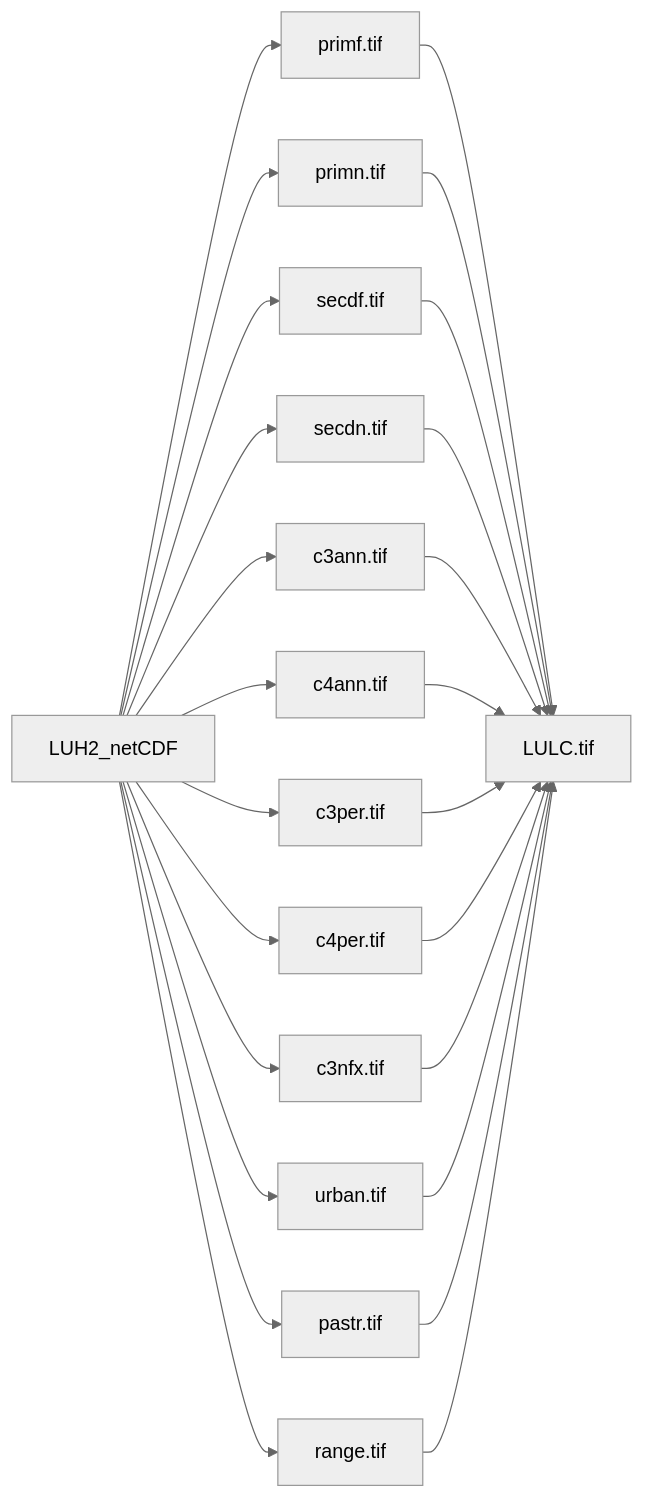
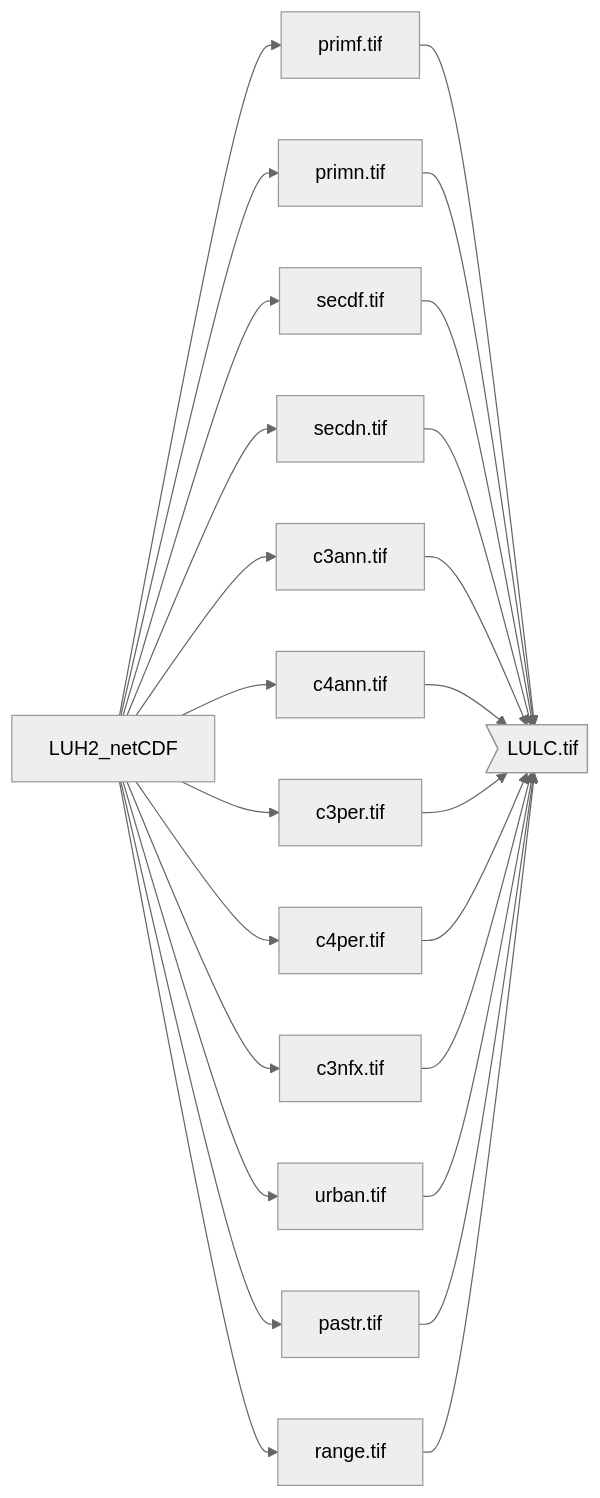
Before and after one commit to Tai-Rocha/LUH2_Data: the diagram in README.md, drawn with Mermaid (neutral theme).

````diff
--- a/README.md
+++ b/README.md
@@ -1,27 +1,27 @@
 ```mermaid
 graph LR
 A[<font size=3>LUH2_netCDF] --> B[<font size=3>primf.tif]
     A --> C[<font size=3>primn.tif]
     A --> D[<font size=3>secdf.tif]
     A --> E[<font size=3>secdn.tif]
     A --> F[<font size=3>c3ann.tif]
     A --> G[<font size=3>c4ann.tif]
     A --> H[<font size=3>c3per.tif]
     A --> I[<font size=3>c4per.tif]
     A --> J[<font size=3>c3nfx.tif]
     A --> L[<font size=3>urban.tif]
     A --> M[<font size=3>pastr.tif]
     A --> N[<font size=3>range.tif]
-    B --> O[<font size=3>LULC.tif]
-    C --> O[<font size=3>LULC.tif]
-    D --> O[<font size=3>LULC.tif]
-    E --> O[<font size=3>LULC.tif]
-    F --> O[<font size=3>LULC.tif]
-    G --> O[<font size=3>LULC.tif]
-    H --> O[<font size=3>LULC.tif]
-    I --> O[<font size=3>LULC.tif]
-    J --> O[<font size=3>LULC.tif]
-    L --> O[<font size=3>LULC.tif]
-    M --> O[<font size=3>LULC.tif]
-    N --> O[<font size=3>LULC.tif]
+    B --> O><font size=3>LULC.tif]
+    C --> O><font size=3>LULC.tif]
+    D --> O><font size=3>LULC.tif]
+    E --> O><font size=3>LULC.tif]
+    F --> O><font size=3>LULC.tif]
+    G --> O><font size=3>LULC.tif]
+    H --> O><font size=3>LULC.tif]
+    I --> O><font size=3>LULC.tif]
+    J --> O><font size=3>LULC.tif]
+    L --> O><font size=3>LULC.tif]
+    M --> O><font size=3>LULC.tif]
+    N --> O><font size=3>LULC.tif]
 ```
````
